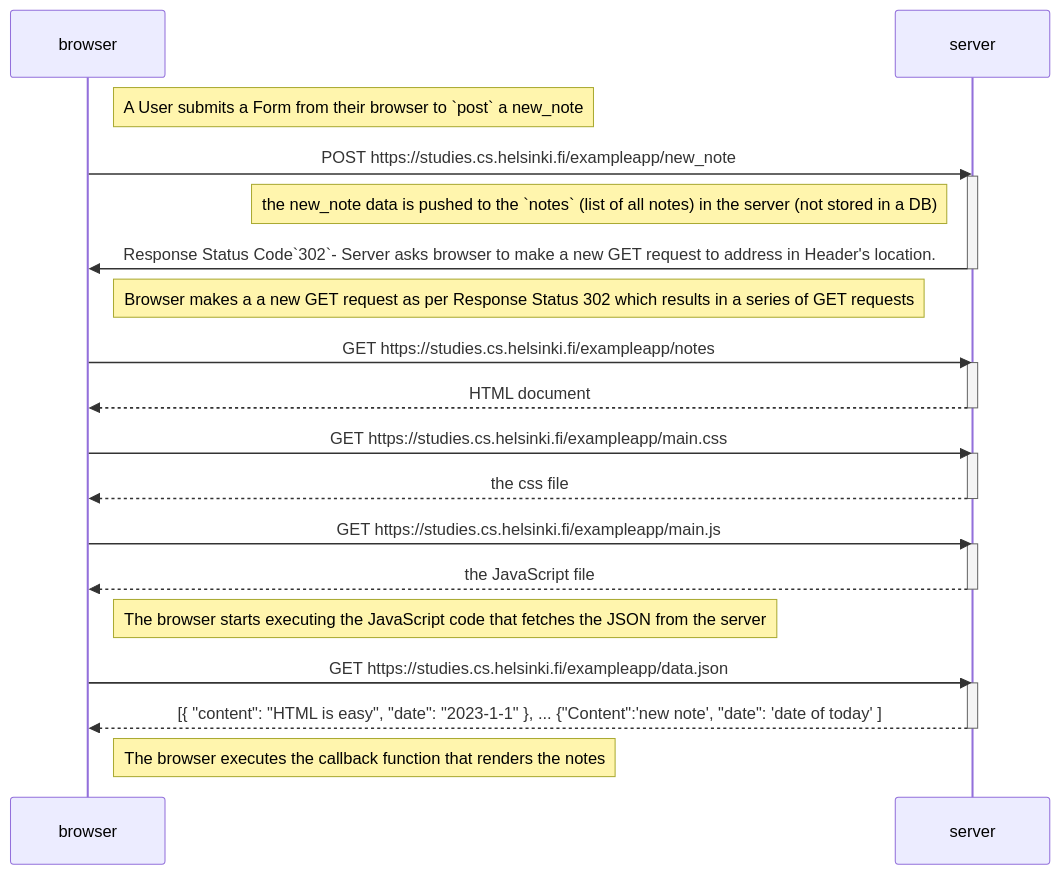
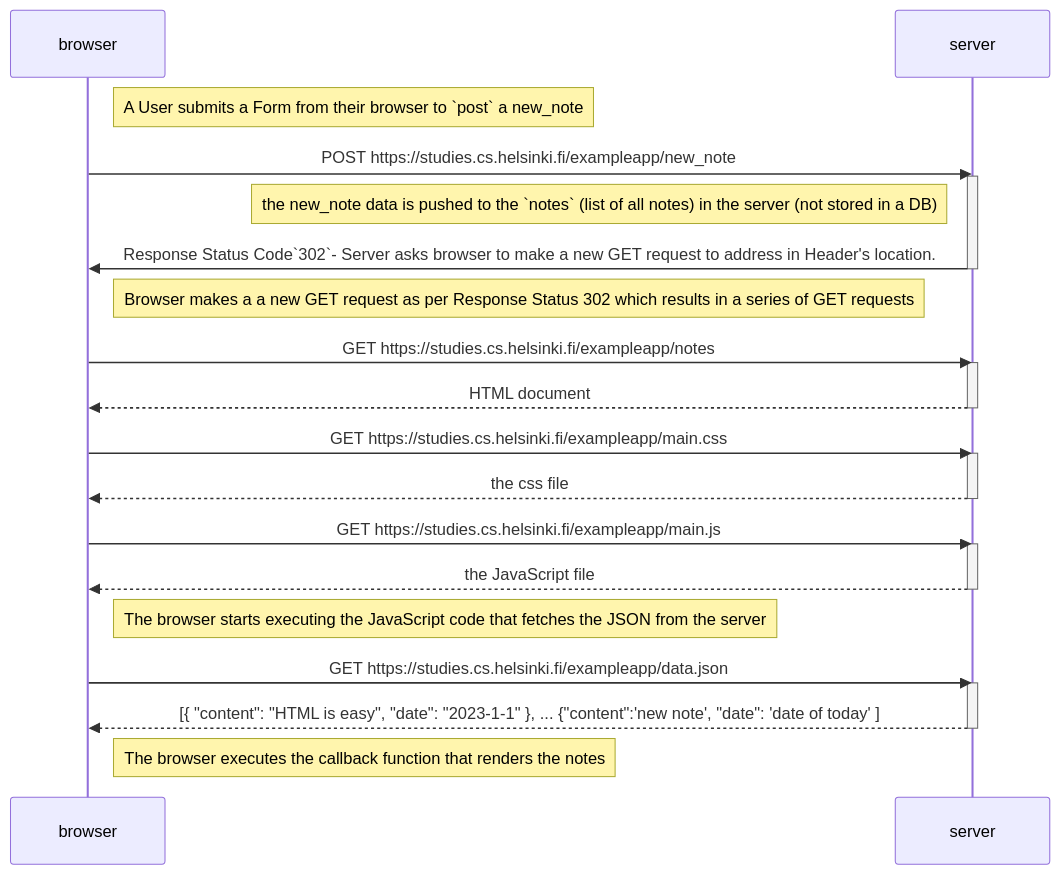
The diagram in part0/solutions4,5,6.md (nurturegrit/Full-Stack-Open), drawn with Mermaid before and after one commit.

Commit message:
Update solutions4,5,6.md
typo correction

````diff
--- a/part0/solutions4,5,6.md
+++ b/part0/solutions4,5,6.md
@@ -3,39 +3,39 @@
 ```mermaid
 
 sequenceDiagram
     participant browser
     participant server
 
     Note right of browser: A User submits a Form from their browser to `post` a new_note
     browser->>server: POST https://studies.cs.helsinki.fi/exampleapp/new_note
     activate server
     Note left of server: the new_note data is pushed to the `notes` (list of all notes) in the server (not stored in a DB)
     server ->> browser: Response Status Code`302`- Server asks browser to make a new GET request to address in Header's location.
     deactivate server
 
     Note right of browser: Browser makes a a new GET request as per Response Status 302 which results in a series of GET requests
     browser->>server: GET https://studies.cs.helsinki.fi/exampleapp/notes
     activate server
     server-->>browser: HTML document
     deactivate server
 
     browser->>server: GET https://studies.cs.helsinki.fi/exampleapp/main.css
     activate server
     server-->>browser: the css file
     deactivate server
 
     browser->>server: GET https://studies.cs.helsinki.fi/exampleapp/main.js
     activate server
     server-->>browser: the JavaScript file
     deactivate server
 
     Note right of browser: The browser starts executing the JavaScript code that fetches the JSON from the server
 
     browser->>server: GET https://studies.cs.helsinki.fi/exampleapp/data.json
     activate server
-    server-->>browser: [{ "content": "HTML is easy", "date": "2023-1-1" }, ... {"Content":'new note', "date": 'date of today' ]
+    server-->>browser: [{ "content": "HTML is easy", "date": "2023-1-1" }, ... {"content":'new note', "date": 'date of today' ]
     deactivate server
 
     Note right of browser: The browser executes the callback function that renders the notes
 
 ```
````
